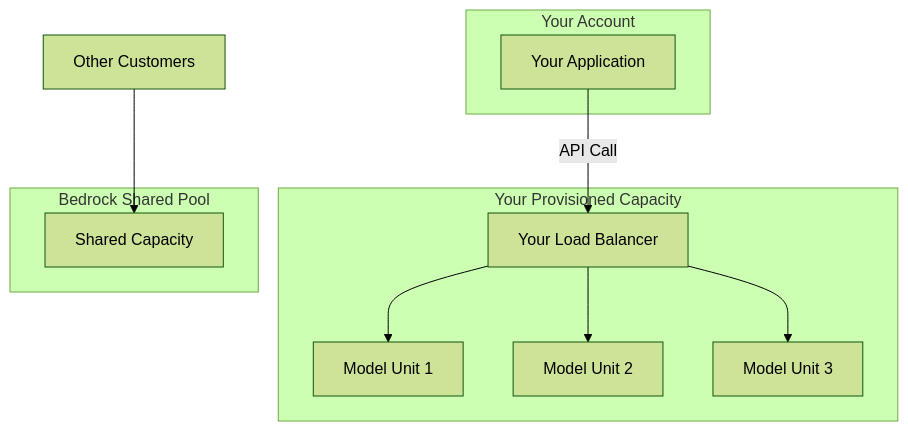
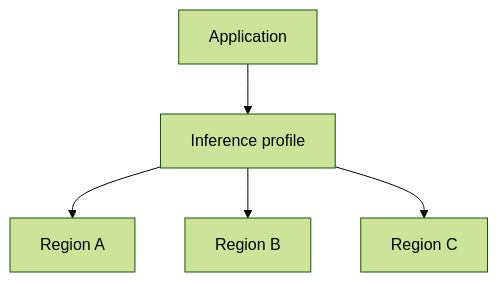
The third of 4 diagrams in src/data/content/domain-2/model-deployment.md (bme3412/aws-ai-developer-redux), drawn with Mermaid (forest theme) before and after one commit. The commit also changed other lines of this file and 58 other files, not shown here.

````diff
--- a/src/data/content/domain-2/model-deployment.md
+++ b/src/data/content/domain-2/model-deployment.md
@@ -73,24 +138,7 @@
 ```mermaid
-graph TD
-    subgraph "Your Account"
-        A[Your Application]
-    end
-
-    subgraph "Your Provisioned Capacity"
-        B[Your Load Balancer]
-        C[Model Unit 1]
-        D[Model Unit 2]
-        E[Model Unit 3]
-    end
-
-    subgraph "Bedrock Shared Pool"
-        F[Shared Capacity]
-    end
-
-    A -->|API Call| B
-    B --> C
-    B --> D
-    B --> E
-
-    G[Other Customers] --> F
+flowchart TD
+    App[Application] --> Prof[Inference profile]
+    Prof --> A[Region A]
+    Prof --> B[Region B]
+    Prof --> C[Region C]
 ```
````
